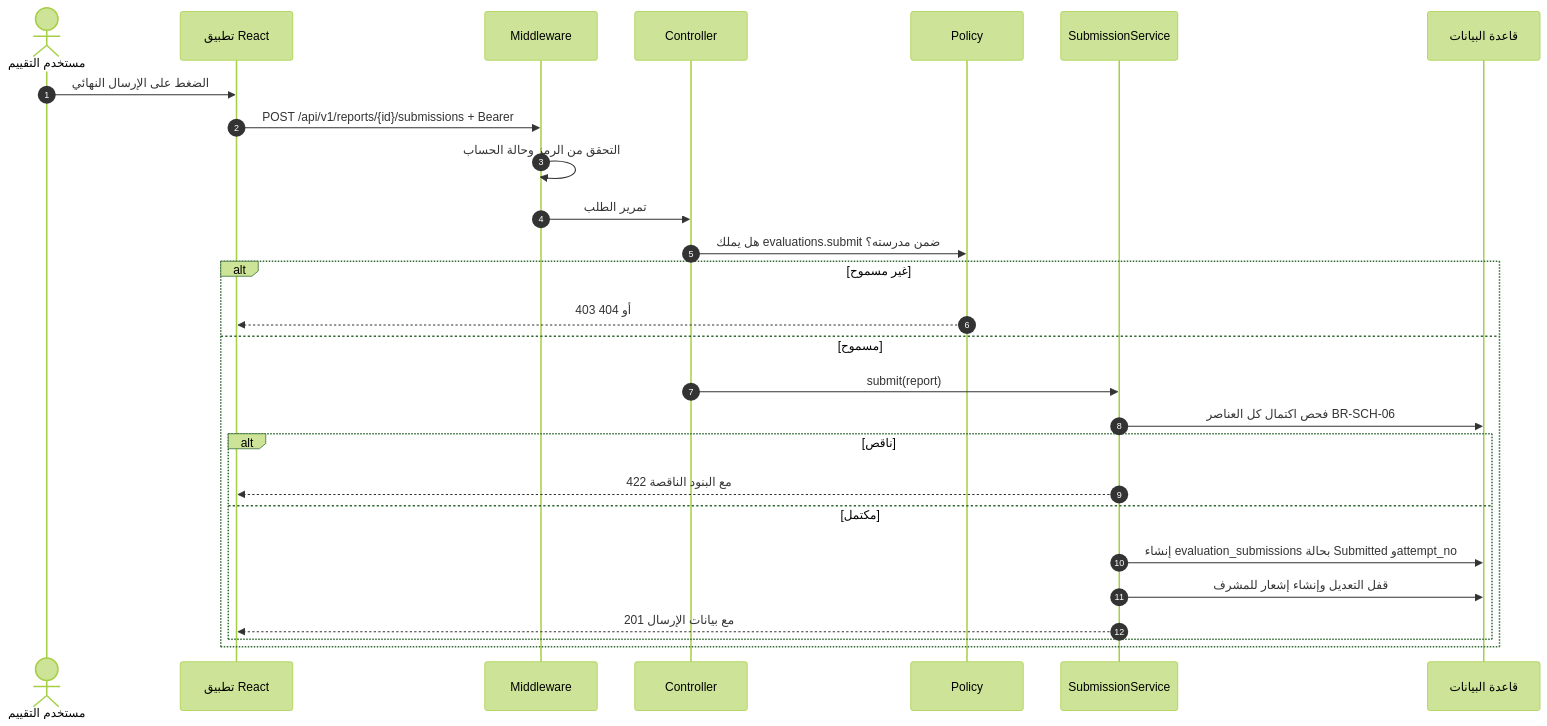
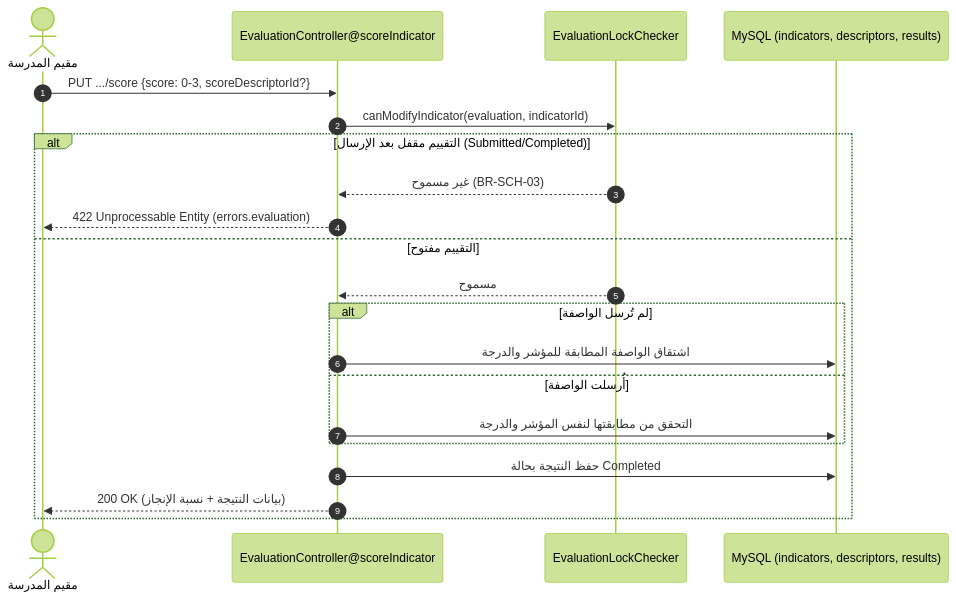
The second of 3 diagrams in docs/chapter4/chapter4_system_design.md (codewizardmx0-lgtm/school-quality-system), drawn with Mermaid (forest theme) before and after one commit. The commit also changed other lines of this file and 2 other files, not shown here.

Commit message:
تعديل شبتر 4  بعد شريحة 2

````diff
--- a/docs/chapter4/chapter4_system_design.md
+++ b/docs/chapter4/chapter4_system_design.md
@@ -277,29 +343,24 @@
 ```mermaid
 sequenceDiagram
   autonumber
-  actor U as مستخدم التقييم
-  participant W as تطبيق React
-  participant M as Middleware
-  participant C as Controller
-  participant P as Policy
-  participant S as SubmissionService
-  participant D as قاعدة البيانات
-  U->>W: الضغط على الإرسال النهائي
-  W->>M: POST /api/v1/reports/{id}/submissions + Bearer
-  M->>M: التحقق من الرمز وحالة الحساب
-  M->>C: تمرير الطلب
-  C->>P: هل يملك evaluations.submit ضمن مدرسته؟
-  alt غير مسموح
-    P-->>W: 403 أو 404
-  else مسموح
-    C->>S: submit(report)
-    S->>D: فحص اكتمال كل العناصر BR-SCH-06
-    alt ناقص
-      S-->>W: 422 مع البنود الناقصة
-    else مكتمل
-      S->>D: إنشاء evaluation_submissions بحالة Submitted وattempt_no
-      S->>D: قفل التعديل وإنشاء إشعار للمشرف
-      S-->>W: 201 مع بيانات الإرسال
+  actor User as مقيم المدرسة
+  participant Ctrl as EvaluationController@scoreIndicator
+  participant Lock as EvaluationLockChecker
+  participant DB as MySQL (indicators, descriptors, results)
+
+  User->>Ctrl: PUT .../score {score: 0-3, scoreDescriptorId?}
+  Ctrl->>Lock: canModifyIndicator(evaluation, indicatorId)
+  alt التقييم مقفل بعد الإرسال (Submitted/Completed)
+    Lock-->>Ctrl: غير مسموح (BR-SCH-03)
+    Ctrl-->>User: 422 Unprocessable Entity (errors.evaluation)
+  else التقييم مفتوح
+    Lock-->>Ctrl: مسموح
+    alt لم تُرسل الواصفة
+      Ctrl->>DB: اشتقاق الواصفة المطابقة للمؤشر والدرجة
+    else أُرسلت الواصفة
+      Ctrl->>DB: التحقق من مطابقتها لنفس المؤشر والدرجة
     end
+    Ctrl->>DB: حفظ النتيجة بحالة Completed
+    Ctrl-->>User: 200 OK (بيانات النتيجة + نسبة الإنجاز)
   end
 ```
````
